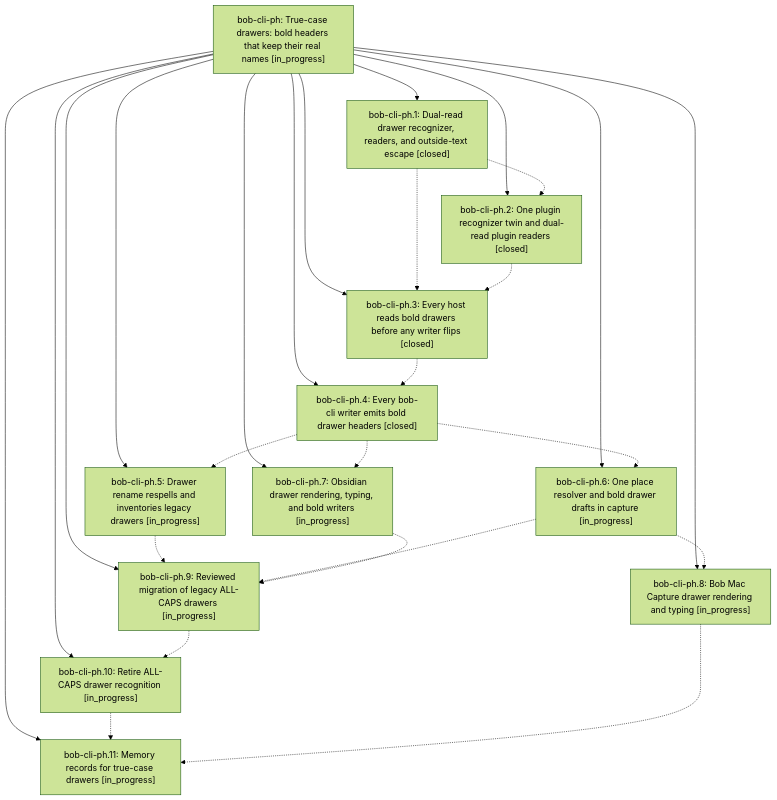
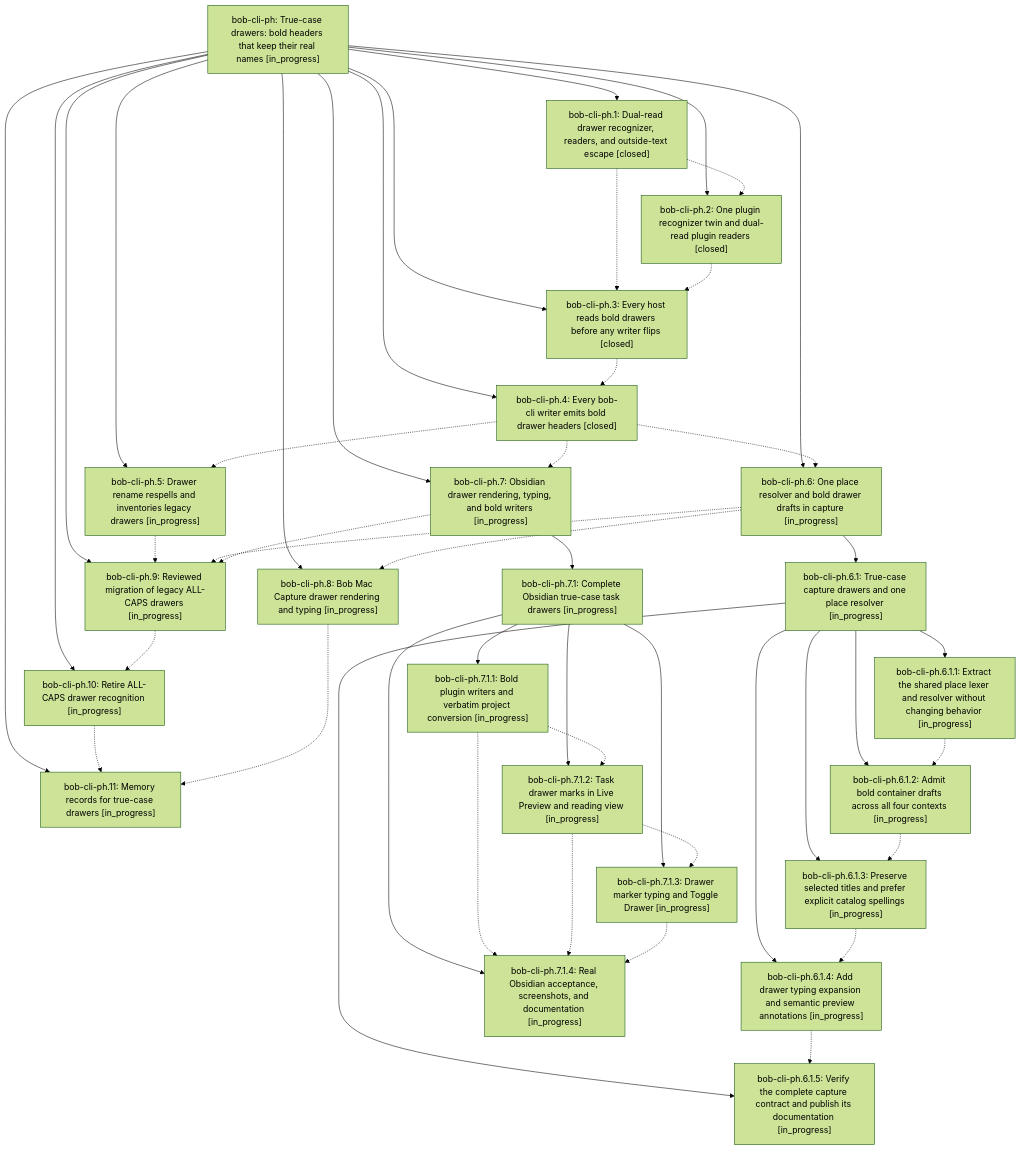
One commit to bobs-org/bob-cli--beads changed the diagram in pages/bob-cli-ph/README.md. Above: the diagram before and after it, drawn with Mermaid (forest theme). The commit also changed other lines of this file and 15 other files, not shown here.

First line of the commit message:
chore(beads): sync bead state and pages for bob-cli-ph

````diff
--- a/pages/bob-cli-ph/README.md
+++ b/pages/bob-cli-ph/README.md
@@ -56,40 +56,71 @@
 ```mermaid
 flowchart TD
     n0["bob-cli-ph: True-case drawers: bold headers that keep their real names [in_progress]"]
     n1["bob-cli-ph.1: Dual-read drawer recognizer, readers, and outside-text escape [closed]"]
     n2["bob-cli-ph.10: Retire ALL-CAPS drawer recognition [in_progress]"]
     n3["bob-cli-ph.11: Memory records for true-case drawers [in_progress]"]
     n4["bob-cli-ph.2: One plugin recognizer twin and dual-read plugin readers [closed]"]
     n5["bob-cli-ph.3: Every host reads bold drawers before any writer flips [closed]"]
     n6["bob-cli-ph.4: Every bob-cli writer emits bold drawer headers [closed]"]
     n7["bob-cli-ph.5: Drawer rename respells and inventories legacy drawers [in_progress]"]
     n8["bob-cli-ph.6: One place resolver and bold drawer drafts in capture [in_progress]"]
-    n9["bob-cli-ph.7: Obsidian drawer rendering, typing, and bold writers [in_progress]"]
-    n10["bob-cli-ph.8: Bob Mac Capture drawer rendering and typing [in_progress]"]
-    n11["bob-cli-ph.9: Reviewed migration of legacy ALL-CAPS drawers [in_progress]"]
+    n9["bob-cli-ph.6.1: True-case capture drawers and one place resolver [in_progress]"]
+    n10["bob-cli-ph.6.1.1: Extract the shared place lexer and resolver without changing behavior [in_progress]"]
+    n11["bob-cli-ph.6.1.2: Admit bold container drafts across all four contexts [in_progress]"]
+    n12["bob-cli-ph.6.1.3: Preserve selected titles and prefer explicit catalog spellings [in_progress]"]
+    n13["bob-cli-ph.6.1.4: Add drawer typing expansion and semantic preview annotations [in_progress]"]
+    n14["bob-cli-ph.6.1.5: Verify the complete capture contract and publish its documentation [in_progress]"]
+    n15["bob-cli-ph.7: Obsidian drawer rendering, typing, and bold writers [in_progress]"]
+    n16["bob-cli-ph.7.1: Complete Obsidian true-case task drawers [in_progress]"]
+    n17["bob-cli-ph.7.1.1: Bold plugin writers and verbatim project conversion [in_progress]"]
+    n18["bob-cli-ph.7.1.2: Task drawer marks in Live Preview and reading view [in_progress]"]
+    n19["bob-cli-ph.7.1.3: Drawer marker typing and Toggle Drawer [in_progress]"]
+    n20["bob-cli-ph.7.1.4: Real Obsidian acceptance, screenshots, and documentation [in_progress]"]
+    n21["bob-cli-ph.8: Bob Mac Capture drawer rendering and typing [in_progress]"]
+    n22["bob-cli-ph.9: Reviewed migration of legacy ALL-CAPS drawers [in_progress]"]
     n0 --> n1
     n0 --> n2
     n0 --> n3
     n0 --> n4
     n0 --> n5
     n0 --> n6
     n0 --> n7
     n0 --> n8
-    n0 --> n9
-    n0 --> n10
-    n0 --> n11
+    n8 --> n9
+    n9 --> n10
+    n9 --> n11
+    n9 --> n12
+    n9 --> n13
+    n9 --> n14
+    n0 --> n15
+    n15 --> n16
+    n16 --> n17
+    n16 --> n18
+    n16 --> n19
+    n16 --> n20
+    n0 --> n21
+    n0 --> n22
     n1 -.-> n4
     n1 -.-> n5
     n2 -.-> n3
     n4 -.-> n5
     n5 -.-> n6
     n6 -.-> n7
     n6 -.-> n8
-    n6 -.-> n9
-    n7 -.-> n11
-    n8 -.-> n10
-    n8 -.-> n11
-    n9 -.-> n11
-    n10 -.-> n3
-    n11 -.-> n2
+    n6 -.-> n15
+    n7 -.-> n22
+    n8 -.-> n21
+    n8 -.-> n22
+    n10 -.-> n11
+    n11 -.-> n12
+    n12 -.-> n13
+    n13 -.-> n14
+    n15 -.-> n22
+    n17 -.-> n18
+    n17 -.-> n20
+    n18 -.-> n19
+    n18 -.-> n20
+    n19 -.-> n20
+    n21 -.-> n3
+    n22 -.-> n2
 ```
````
